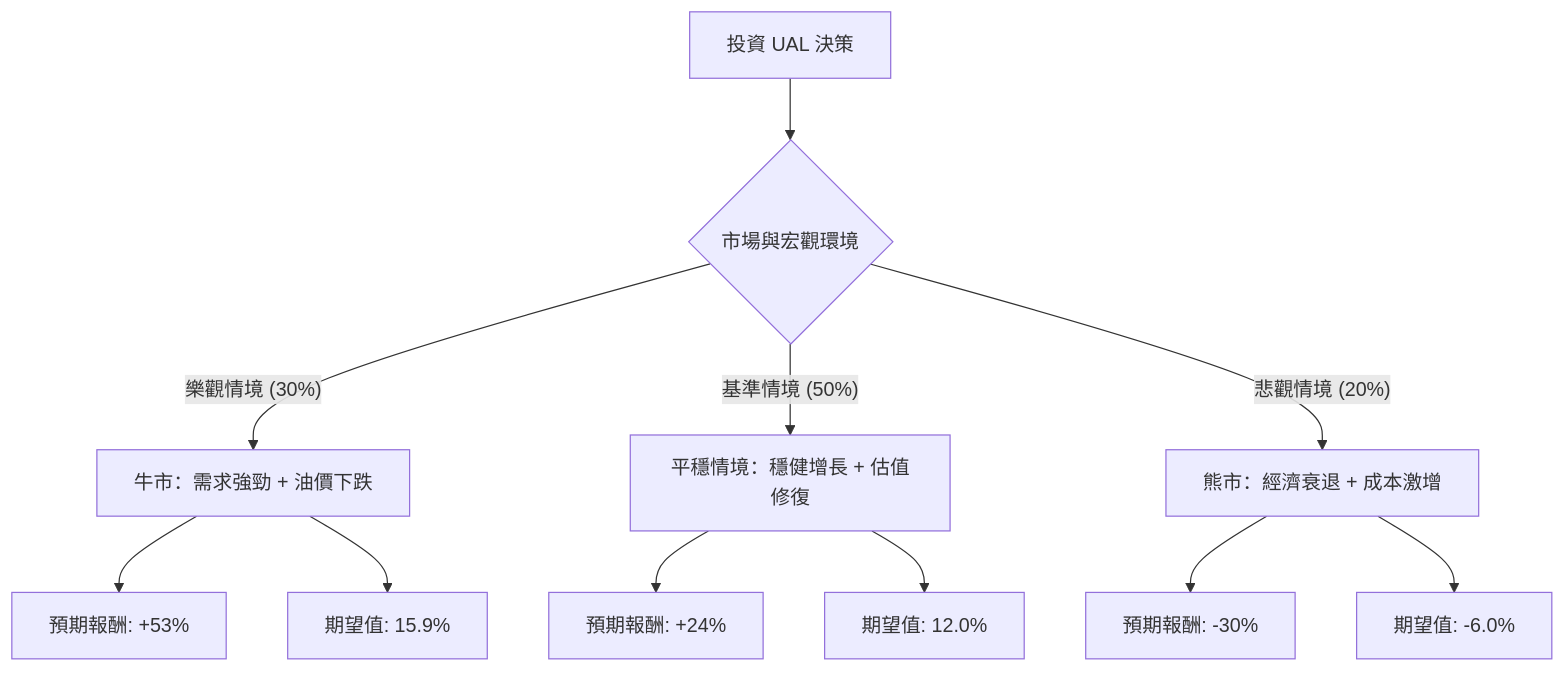
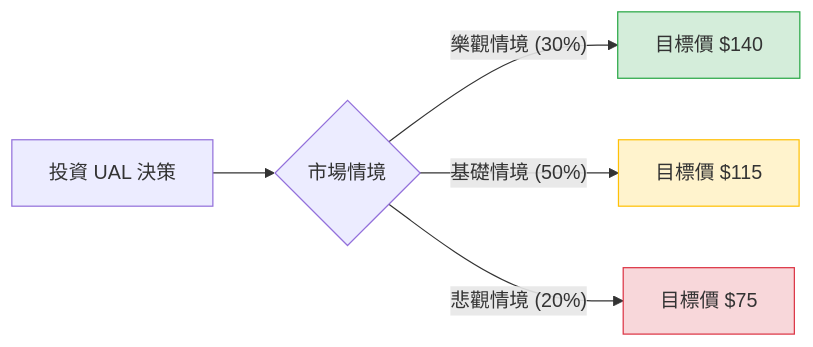
The diagram in plugin-react/ai-analysis/ev-analysis/UAL.md (zmcx16/zmcx16.github.io), drawn with Mermaid before and after one commit. The commit also changed other lines of this file and 77 other files, not shown here.

````diff
--- a/plugin-react/ai-analysis/ev-analysis/UAL.md
+++ b/plugin-react/ai-analysis/ev-analysis/UAL.md
@@ -22,17 +26,12 @@
 ```mermaid
-graph TD
-    A[投資 UAL 決策] --> B{市場與宏觀環境}
+graph LR
+    A[投資 UAL 決策] --> B{市場情境}
     
-    B -- 樂觀情境 (30%) --> C[牛市：需求強勁 + 油價下跌]
-    B -- 基準情境 (50%) --> D[平穩情境：穩健增長 + 估值修復]
-    B -- 悲觀情境 (20%) --> E[熊市：經濟衰退 + 成本激增]
+    B -- 樂觀情境 (30%) --> C[目標價 $140]
+    B -- 基礎情境 (50%) --> D[目標價 $115]
+    B -- 悲觀情境 (20%) --> E[目標價 $75]
 
-    C --> C1[預期報酬: +53%]
-    C --> C2[期望值: 15.9%]
-
-    D --> D1[預期報酬: +24%]
-    D --> D2[期望值: 12.0%]
-
-    E --> E1[預期報酬: -30%]
-    E --> E2[期望值: -6.0%]
+    style C fill:#d4edda,stroke:#28a745
+    style D fill:#fff3cd,stroke:#ffc107
+    style E fill:#f8d7da,stroke:#dc3545
 ```
````
